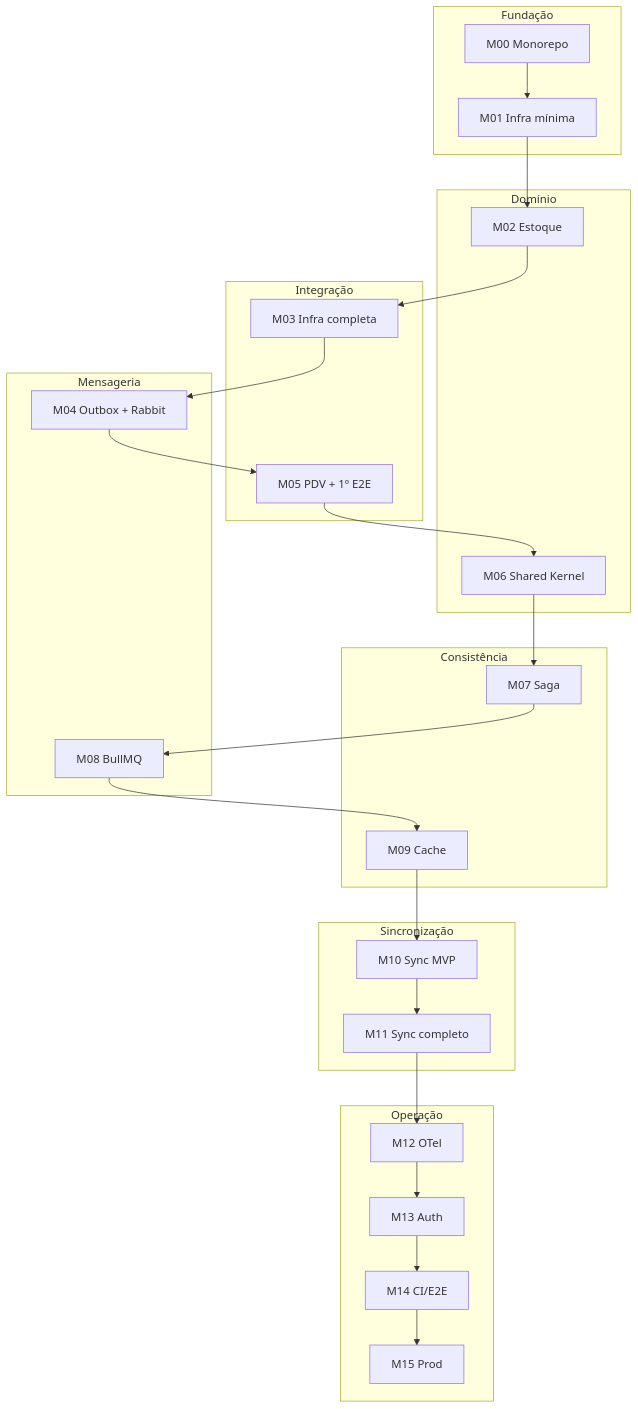
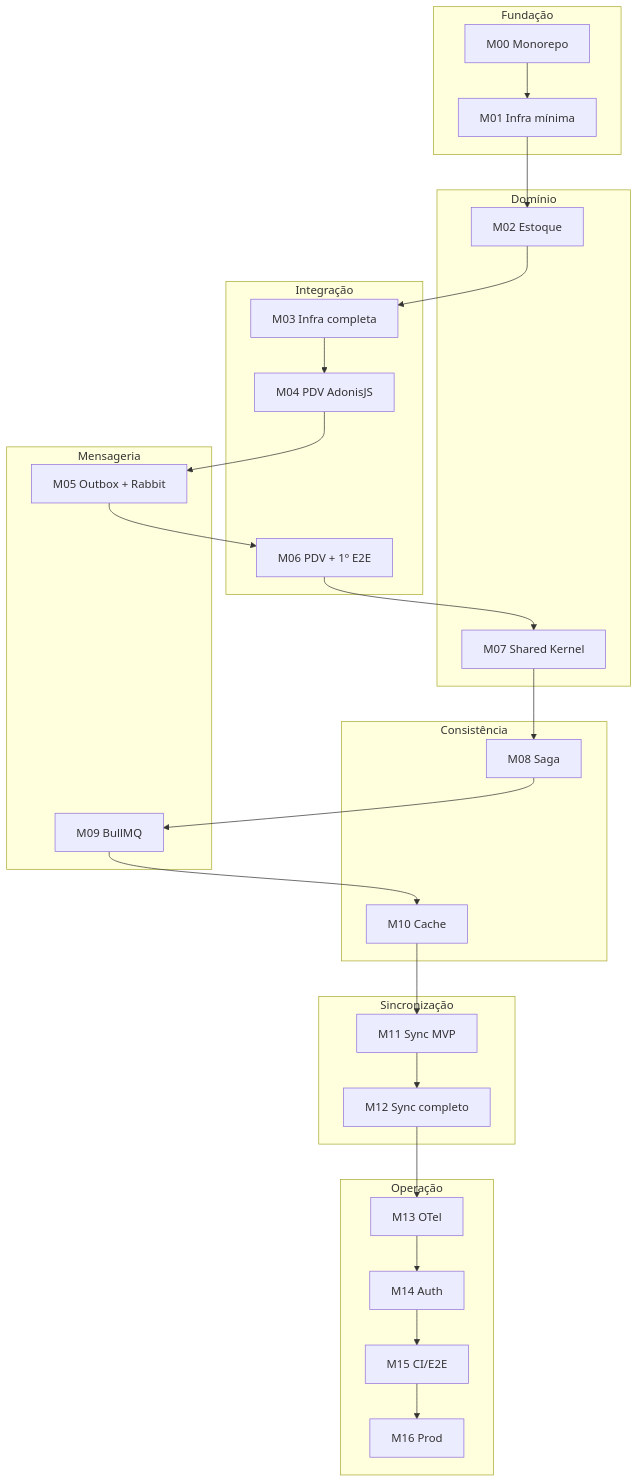
One commit to gab-szz/pdv-microservicos changed the third of 13 diagrams in docs/ROADMAP.md. Above: the diagram before and after it, drawn with Mermaid. The commit also changed other lines of this file and 37 other files, not shown here.

Commit message:
docs: expand roadmap and pdv milestones

````diff
--- a/docs/ROADMAP.md
+++ b/docs/ROADMAP.md
@@ -78,36 +78,37 @@
 ```mermaid
 flowchart TB
   subgraph fundacao["Fundação"]
     M00[M00 Monorepo]
     M01[M01 Infra mínima]
   end
   subgraph dominio["Domínio"]
     M02[M02 Estoque]
-    M06[M06 Shared Kernel]
+    M07[M07 Shared Kernel]
   end
   subgraph integracao["Integração"]
     M03[M03 Infra completa]
-    M05[M05 PDV + 1º E2E]
+    M04[M04 PDV AdonisJS]
+    M06[M06 PDV + 1º E2E]
   end
   subgraph mensageria["Mensageria"]
-    M04[M04 Outbox + Rabbit]
-    M08[M08 BullMQ]
+    M05[M05 Outbox + Rabbit]
+    M09[M09 BullMQ]
   end
   subgraph consistencia["Consistência"]
-    M07[M07 Saga]
-    M09[M09 Cache]
+    M08[M08 Saga]
+    M10[M10 Cache]
   end
   subgraph sync["Sincronização"]
-    M10[M10 Sync MVP]
-    M11[M11 Sync completo]
+    M11[M11 Sync MVP]
+    M12[M12 Sync completo]
   end
   subgraph operacao["Operação"]
-    M12[M12 OTel]
-    M13[M13 Auth]
-    M14[M14 CI/E2E]
-    M15[M15 Prod]
+    M13[M13 OTel]
+    M14[M14 Auth]
+    M15[M15 CI/E2E]
+    M16[M16 Prod]
   end
-  M00 --> M01 --> M02 --> M03 --> M04 --> M05
-  M05 --> M06 --> M07 --> M08 --> M09 --> M10 --> M11
-  M11 --> M12 --> M13 --> M14 --> M15
+  M00 --> M01 --> M02 --> M03 --> M04 --> M05 --> M06
+  M06 --> M07 --> M08 --> M09 --> M10 --> M11 --> M12
+  M12 --> M13 --> M14 --> M15 --> M16
 ```
````
